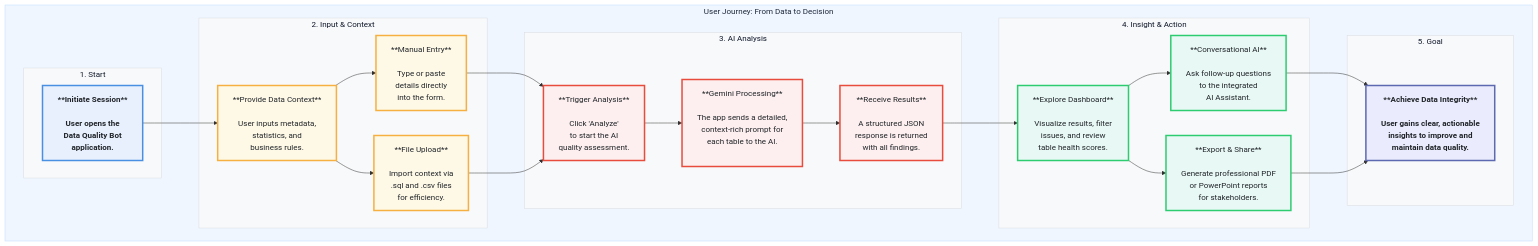
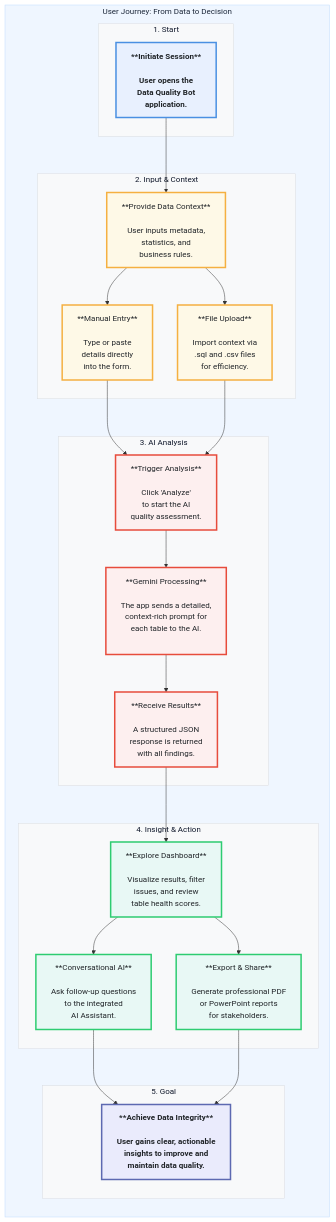
The second of 2 diagrams in README.md (chtsalvishal/DQ_Gen_AI_Bot), drawn with Mermaid before and after one commit.

Commit message:
docs: Update README to use TD for user journey graph
The user journey graph in the README.md was updated to use `graph TD` (top-down) instead of `graph LR` (left-right) for better readability and a more standard flow representation.

````diff
--- a/README.md
+++ b/README.md
@@ -92,55 +92,55 @@
 ```mermaid
 %%{init: { 'themeVariables': { 'fontSize': '36px', 'fontFamily': '"Segoe UI", Arial, sans-serif' } }}%%
-graph LR
+graph TD
     subgraph user_journey [User Journey: From Data to Decision]
-        direction LR
+        direction TD
 
         subgraph sg1 [1. Start]
             A["**Initiate Session**<br><br>User opens the<br>Data Quality Bot<br>application.<br>"]:::startNode
         end
 
         subgraph sg2 [2. Input & Context]
             B["**Provide Data Context**<br><br>User inputs metadata,<br>statistics, and<br>business rules.<br>"]:::inputNode
             B --> B1["**Manual Entry**<br><br>Type or paste<br>details directly<br>into the form.<br>"]:::inputNode
             B --> B2["**File Upload**<br><br>Import context via<br>.sql and .csv files<br>for efficiency.<br>"]:::inputNode
         end
         
         subgraph sg3 [3. AI Analysis]
             C["**Trigger Analysis**<br><br>Click 'Analyze'<br>to start the AI<br>quality assessment.<br>"]:::analysisNode
             D["**Gemini Processing**<br><br>The app sends a detailed,<br>context-rich prompt for<br>each table to the AI.<br><br>"]:::analysisNode
             E["**Receive Results**<br><br>A structured JSON<br>response is returned<br>with all findings.<br>"]:::analysisNode
         end
 
         subgraph sg4 [4. Insight & Action]
             F["**Explore Dashboard**<br><br>Visualize results, filter<br>issues, and review<br>table health scores.<br>"]:::insightNode
             G["**Conversational AI**<br><br>Ask follow-up questions<br>to the integrated<br>AI Assistant.<br>"]:::insightNode
             H["**Export & Share**<br><br>Generate professional PDF<br>or PowerPoint reports<br>for stakeholders.<br>"]:::insightNode
         end
         
         subgraph sg5 [5. Goal]
            J["**Achieve Data Integrity**<br><br>User gains clear, actionable<br>insights to improve and<br>maintain data quality.<br>"]:::goalNode
         end
     end
 
     A --> B
     B1 --> C
     B2 --> C
     C --> D --> E
     E --> F
     F --> G & H
     G --> J
     H --> J
     
     style user_journey fill:#EFF6FF,stroke:#BFDBFE,color:#1e293b
     style sg1 fill:#F8F9FA,stroke:#DADCE0,color:#0f172a
     style sg2 fill:#F8F9FA,stroke:#DADCE0,color:#0f172a
     style sg3 fill:#F8F9FA,stroke:#DADCE0,color:#0f172a
     style sg4 fill:#F8F9FA,stroke:#DADCE0,color:#0f172a
     style sg5 fill:#F8F9FA,stroke:#DADCE0,color:#0f172a
 
     classDef startNode fill:#E8F0FE,stroke:#4A90E2,stroke-width:3px,color:#212529,font-weight:bold
     classDef inputNode fill:#FEF9E7,stroke:#F5B041,stroke-width:3px,color:#212529
     classDef analysisNode fill:#FDEFEF,stroke:#E74C3C,stroke-width:3px,color:#212529
     classDef insightNode fill:#E8F8F5,stroke:#2ECC71,stroke-width:3px,color:#212529
     classDef goalNode fill:#EAEBFC,stroke:#5D69B1,stroke-width:3px,color:#212529,font-weight:bold
 ```
````
